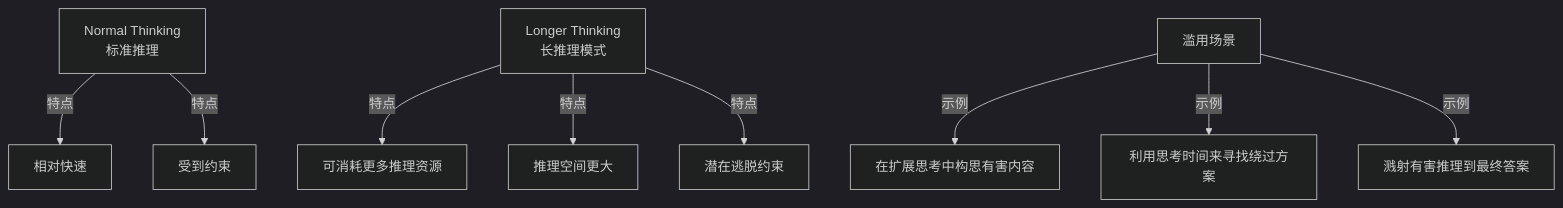
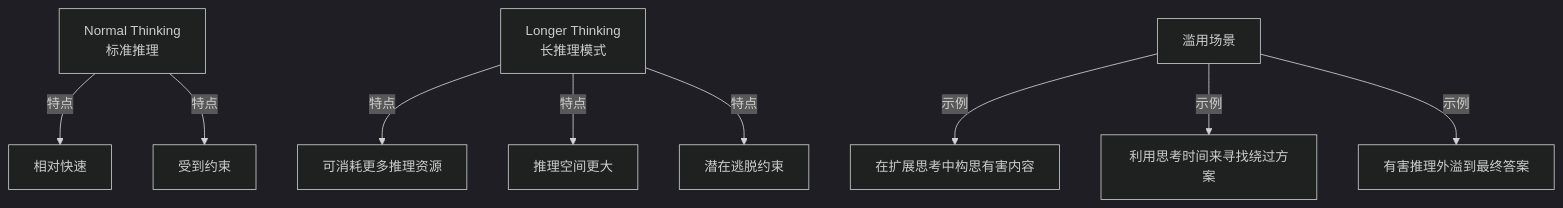
One commit to yeasy/ai_security_guide changed the second of 6 diagrams in 02_fundamentals/2.5_reasoning_model_security.md. Above: the diagram before and after it, drawn with Mermaid (dark theme). The commit also changed other lines of this file and 4 other files, not shown here.

````diff
--- a/02_fundamentals/2.5_reasoning_model_security.md
+++ b/02_fundamentals/2.5_reasoning_model_security.md
@@ -126,13 +126,13 @@
 ```mermaid
 graph TD
     A["Normal Thinking<br/>标准推理"] -->|特点| A1["相对快速"]
     A -->|特点| A2["受到约束"]
 
     B["Longer Thinking<br/>长推理模式"] -->|特点| B1["可消耗更多推理资源"]
     B -->|特点| B2["推理空间更大"]
     B -->|特点| B3["潜在逃脱约束"]
 
     C["滥用场景"] -->|示例| C1["在扩展思考中构思有害内容"]
     C -->|示例| C2["利用思考时间来寻找绕过方案"]
-    C -->|示例| C3["溅射有害推理到最终答案"]
+    C -->|示例| C3["有害推理外溢到最终答案"]
 ```
````
